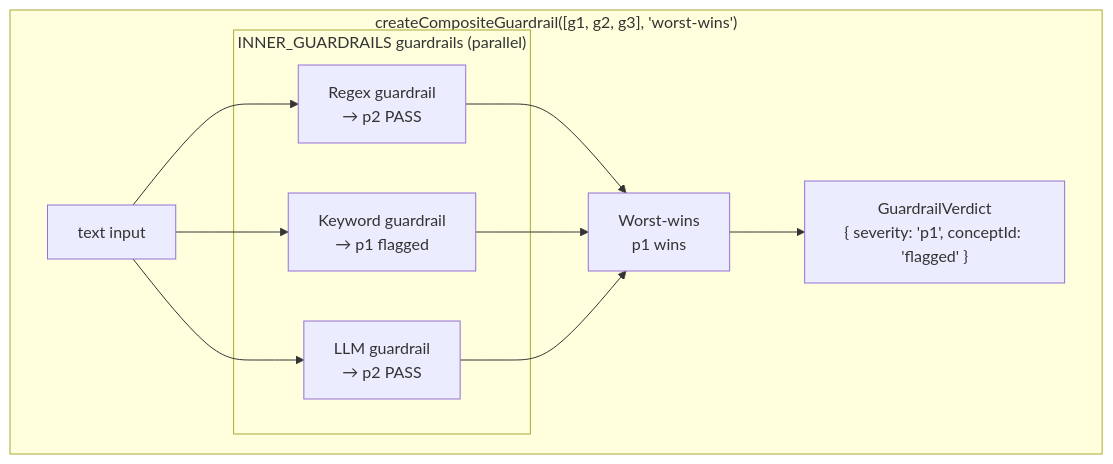
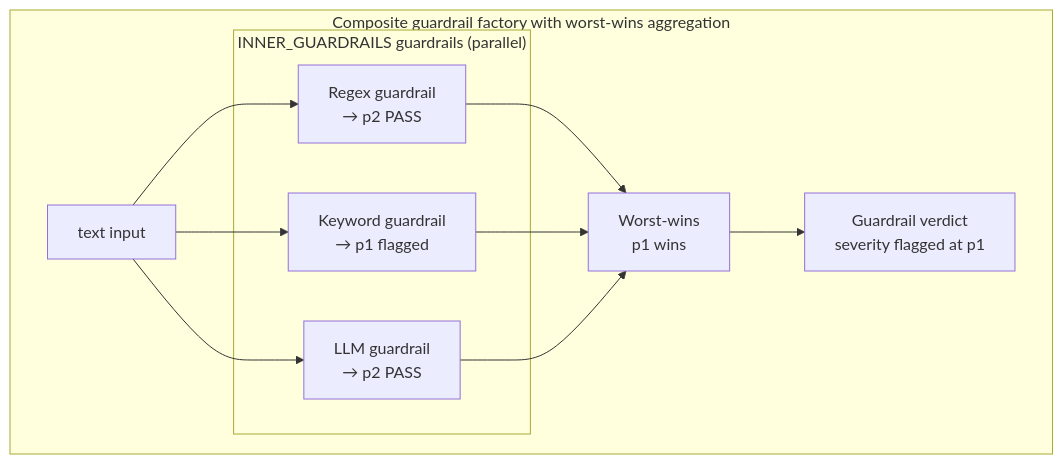
The ninth of 17 diagrams in plan/10-guardrails.md (1qh/safeagent), drawn with Mermaid before and after one commit. The commit also changed other lines of this file and 18 other files, not shown here.

````diff
--- a/plan/10-guardrails.md
+++ b/plan/10-guardrails.md
@@ -383,18 +383,18 @@
 ```mermaid
 flowchart TB
-    subgraph COMPOSITE_GUARDRAIL["createCompositeGuardrail([g1, g2, g3], 'worst-wins')"]
+    subgraph COMPOSITE_GUARDRAIL["Composite guardrail factory with worst-wins aggregation"]
         INPUT_C["text input"]
         
         subgraph INNER_GUARDRAILS["INNER_GUARDRAILS guardrails (parallel)"]
             INNER_REGEX_GUARDRAIL["Regex guardrail\n→ p2 PASS"]
             INNER_KEYWORD_GUARDRAIL["Keyword guardrail\n→ p1 flagged"]
             INNER_LLM_GUARDRAIL["LLM guardrail\n→ p2 PASS"]
         end
         
         AGG_C["Worst-wins\np1 wins"]
-        RESULT_C["GuardrailVerdict\n{ severity: 'p1', conceptId: 'flagged' }"]
+        RESULT_C["Guardrail verdict\nseverity flagged at p1"]
     end
 
     INPUT_C --> INNER_REGEX_GUARDRAIL & INNER_KEYWORD_GUARDRAIL & INNER_LLM_GUARDRAIL
     INNER_REGEX_GUARDRAIL & INNER_KEYWORD_GUARDRAIL & INNER_LLM_GUARDRAIL --> AGG_C --> RESULT_C
 ```
````
